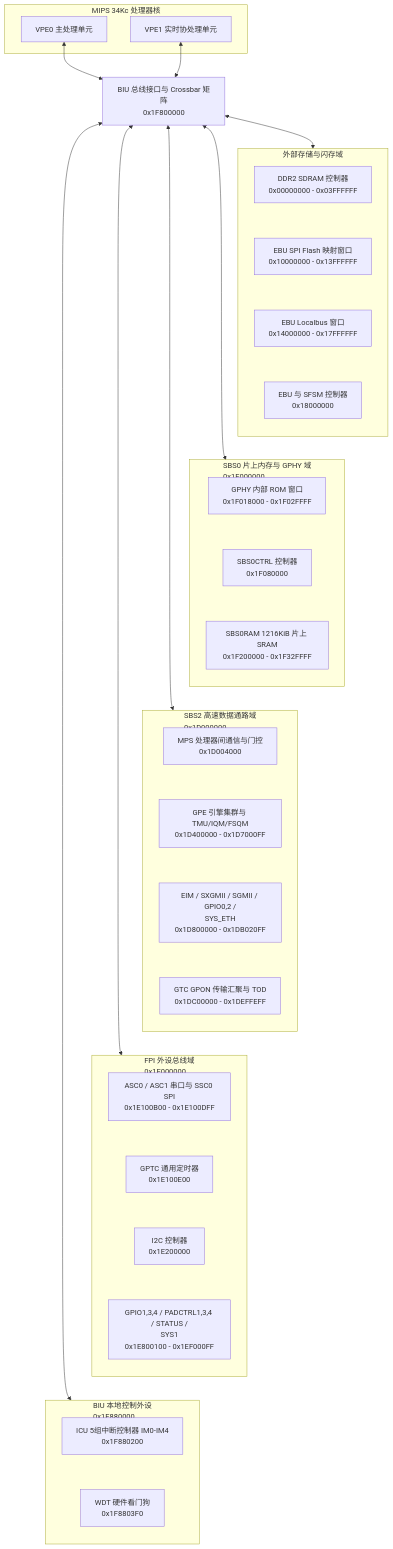
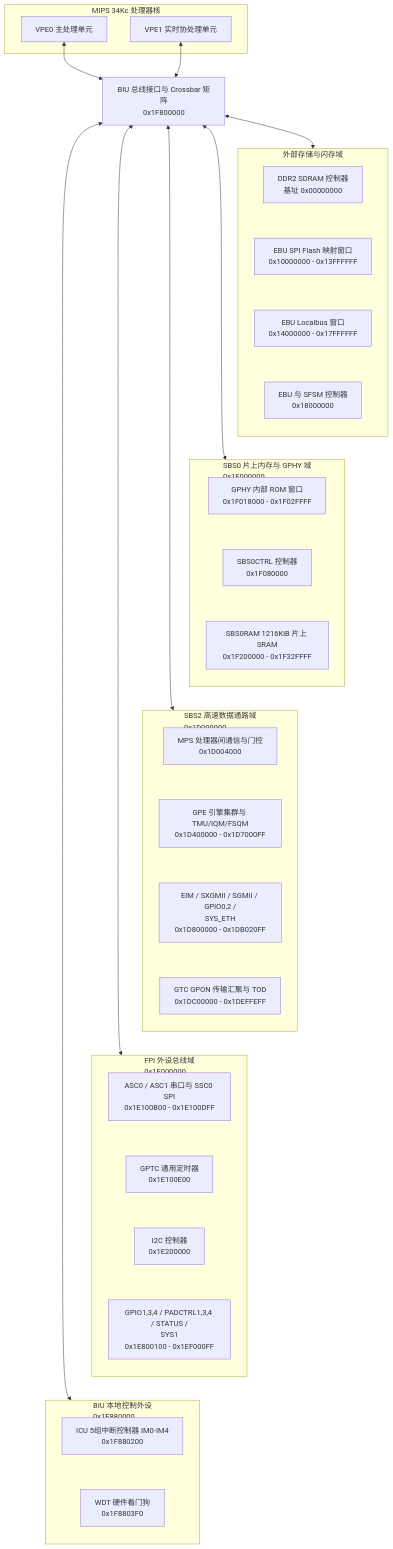
Before and after one commit to difanz/lantiq-falcon-s-docs: the first of 2 diagrams in 01_overview/02_chip_architecture.md, drawn with Mermaid. The commit also changed other lines of this file and 49 other files, not shown here.

````diff
--- a/01_overview/02_chip_architecture.md
+++ b/01_overview/02_chip_architecture.md
@@ -26,60 +26,60 @@
 ```mermaid
 flowchart TD
     subgraph CORE["MIPS 34Kc 处理器核"]
         VPE0["VPE0 主处理单元"]
         VPE1["VPE1 实时协处理单元"]
     end
 
     BIU["BIU 总线接口与 Crossbar 矩阵<br/>0x1F800000"]
     VPE0 <--> BIU
     VPE1 <--> BIU
 
     subgraph MEM_EBU["外部存储与闪存域"]
         direction TB
-        DDR["DDR2 SDRAM 控制器<br/>0x00000000 - 0x03FFFFFF"]
+        DDR["DDR2 SDRAM 控制器<br/>基址 0x00000000"]
         EBU_WIN["EBU SPI Flash 映射窗口<br/>0x10000000 - 0x13FFFFFF"]
         LBUS_WIN["EBU Localbus 窗口<br/>0x14000000 - 0x17FFFFFF"]
         EBU_REG["EBU 与 SFSM 控制器<br/>0x18000000"]
         DDR ~~~ EBU_WIN ~~~ LBUS_WIN ~~~ EBU_REG
     end
 
     subgraph SBS0["SBS0 片上内存与 GPHY 域<br/>0x1F000000"]
         direction TB
         GPHY_ROM["GPHY 内部 ROM 窗口<br/>0x1F018000 - 0x1F02FFFF"]
         SBS0CTRL["SBS0CTRL 控制器<br/>0x1F080000"]
         SBS0RAM["SBS0RAM 1216KiB 片上 SRAM<br/>0x1F200000 - 0x1F32FFFF"]
         GPHY_ROM ~~~ SBS0CTRL ~~~ SBS0RAM
     end
 
     subgraph SBS2["SBS2 高速数据通路域<br/>0x1D000000"]
         direction TB
         MPS["MPS 处理器间通信与门控<br/>0x1D004000"]
         GPE_SUB["GPE 引擎集群与 TMU/IQM/FSQM<br/>0x1D400000 - 0x1D7000FF"]
         ETH_SUB["EIM / SXGMII / SGMII / GPIO0,2 /<br/>SYS_ETH<br/>0x1D800000 - 0x1DB020FF"]
         GTC_TOD["GTC GPON 传输汇聚与 TOD<br/>0x1DC00000 - 0x1DEFFEFF"]
         MPS ~~~ GPE_SUB ~~~ ETH_SUB ~~~ GTC_TOD
     end
 
     subgraph FPI["FPI 外设总线域<br/>0x1E000000"]
         direction TB
         SERIAL["ASC0 / ASC1 串口与 SSC0 SPI<br/>0x1E100B00 - 0x1E100DFF"]
         GPTC["GPTC 通用定时器<br/>0x1E100E00"]
         I2C["I2C 控制器<br/>0x1E200000"]
         PAD_SYS1["GPIO1,3,4 / PADCTRL1,3,4 / STATUS /<br/>SYS1<br/>0x1E800100 - 0x1EF000FF"]
         SERIAL ~~~ GPTC ~~~ I2C ~~~ PAD_SYS1
     end
 
     subgraph BIU_LOCAL["BIU 本地控制外设<br/>0x1F880000"]
         direction TB
         ICU["ICU 5组中断控制器 IM0-IM4<br/>0x1F880200"]
         WDT["WDT 硬件看门狗<br/>0x1F8803F0"]
         ICU ~~~ WDT
     end
 
     BIU <--> MEM_EBU
     BIU <--> SBS0
     BIU <--> SBS2
     BIU <--> FPI
     BIU <--> BIU_LOCAL
     MEM_EBU ~~~ SBS0 ~~~ SBS2 ~~~ FPI ~~~ BIU_LOCAL
 ```
````
